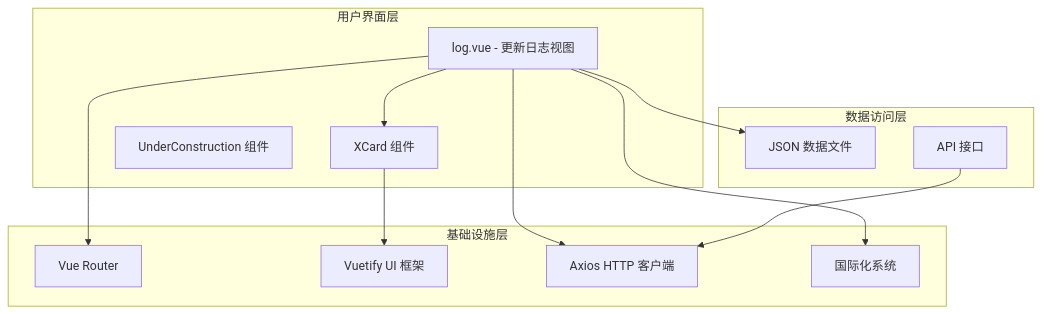
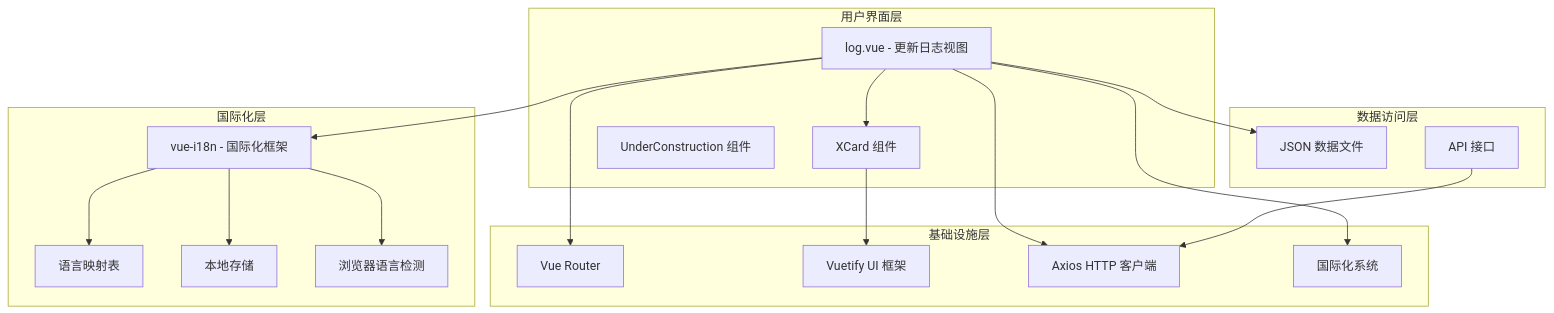
The second of 8 diagrams in .qoder/repowiki/zh/content/前端应用/组件架构/业务组件/前端评论组件.md (TinyMaD/SpeedRunnersLab), drawn with Mermaid before and after one commit. The commit also changed other lines of this file and 34 other files, not shown here.

````diff
--- a/.qoder/repowiki/zh/content/前端应用/组件架构/业务组件/前端评论组件.md
+++ b/.qoder/repowiki/zh/content/前端应用/组件架构/业务组件/前端评论组件.md
@@ -126,25 +133,35 @@
 ```mermaid
 graph TD
 subgraph "用户界面层"
 A[log.vue - 更新日志视图]
 B[XCard 组件]
 C[UnderConstruction 组件]
 end
+subgraph "国际化层"
+D[vue-i18n - 国际化框架]
+E[语言映射表]
+F[本地存储]
+G[浏览器语言检测]
+end
 subgraph "数据访问层"
-D[JSON 数据文件]
-E[API 接口]
+H[JSON 数据文件]
+I[API 接口]
 end
 subgraph "基础设施层"
-F[Vue Router]
-G[Vuetify UI 框架]
-H[Axios HTTP 客户端]
-I[国际化系统]
+J[Vue Router]
+K[Vuetify UI 框架]
+L[Axios HTTP 客户端]
+M[国际化系统]
 end
 A --> B
 A --> D
-A --> F
-B --> G
+D --> E
+D --> F
+D --> G
 A --> H
-A --> I
-E --> H
+A --> J
+B --> K
+A --> L
+A --> M
+I --> L
 ```
````
